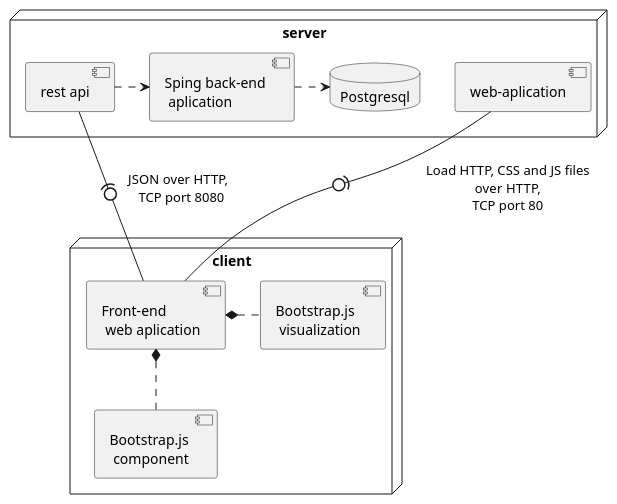
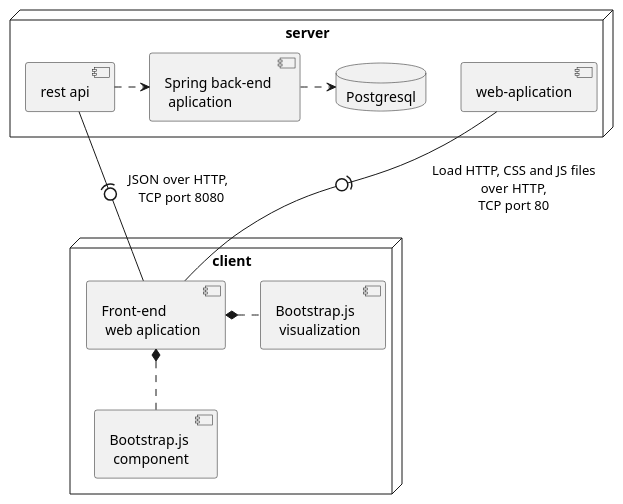
The diagram in UML/Deployment Diagram/Deployment_Diagram.puml (Pahoomich/nwchat), drawn with PlantUML before and after one commit.

```diff
--- a/UML/Deployment Diagram/Deployment_Diagram.puml
+++ b/UML/Deployment Diagram/Deployment_Diagram.puml
@@ -1,21 +1,21 @@
 @startuml
 node "server" {
-	component "Sping back-end \n aplication" as back_end
+	component "Spring back-end \n aplication" as back_end
 	component "rest api" as rest_api
     database "Postgresql" as db
     component "web-aplication" as web_aplication
 }
 rest_api .> back_end
 back_end .> db
 
 node "client" {
     component "Front-end \n web aplication" as front_end
     component "Bootstrap.js \n visualization" as visual
     component "Bootstrap.js \n component" as components
 }
 front_end *. visual
 front_end *.. components
 
 rest_api -(0- front_end : "JSON over HTTP, \n TCP port 8080"
 web_aplication -(0- front_end : "Load HTTP, CSS and JS files\n over HTTP, \n TCP port 80 "
 @enduml
```
